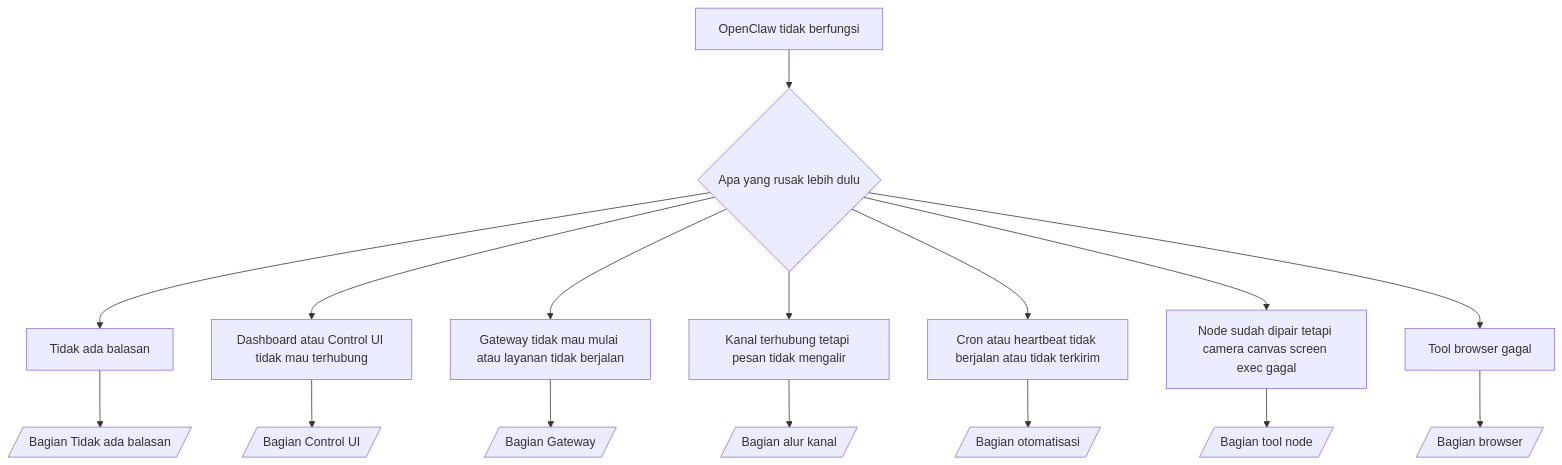
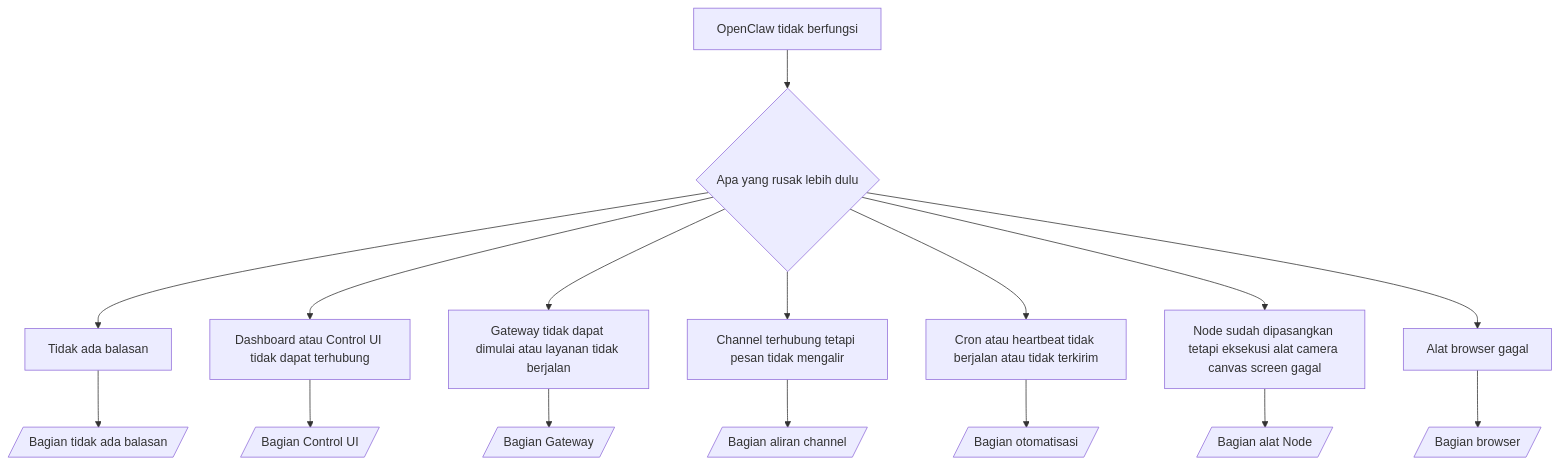
One commit to openclaw/docs changed the diagram in docs/id/help/troubleshooting.md. Above: the diagram before and after it, drawn with Mermaid. The commit also changed other lines of this file and 225 other files, not shown here.

````diff
--- a/docs/id/help/troubleshooting.md
+++ b/docs/id/help/troubleshooting.md
@@ -92,19 +124,19 @@
 ```mermaid
 flowchart TD
   A[OpenClaw tidak berfungsi] --> B{Apa yang rusak lebih dulu}
   B --> C[Tidak ada balasan]
-  B --> D[Dashboard atau Control UI tidak mau terhubung]
-  B --> E[Gateway tidak mau mulai atau layanan tidak berjalan]
-  B --> F[Kanal terhubung tetapi pesan tidak mengalir]
+  B --> D[Dashboard atau Control UI tidak dapat terhubung]
+  B --> E[Gateway tidak dapat dimulai atau layanan tidak berjalan]
+  B --> F[Channel terhubung tetapi pesan tidak mengalir]
   B --> G[Cron atau heartbeat tidak berjalan atau tidak terkirim]
-  B --> H[Node sudah dipair tetapi camera canvas screen exec gagal]
-  B --> I[Tool browser gagal]
+  B --> H[Node sudah dipasangkan tetapi eksekusi alat camera canvas screen gagal]
+  B --> I[Alat browser gagal]
 
-  C --> C1[/Bagian Tidak ada balasan/]
+  C --> C1[/Bagian tidak ada balasan/]
   D --> D1[/Bagian Control UI/]
   E --> E1[/Bagian Gateway/]
-  F --> F1[/Bagian alur kanal/]
+  F --> F1[/Bagian aliran channel/]
   G --> G1[/Bagian otomatisasi/]
-  H --> H1[/Bagian tool node/]
+  H --> H1[/Bagian alat Node/]
   I --> I1[/Bagian browser/]
 ```
````
